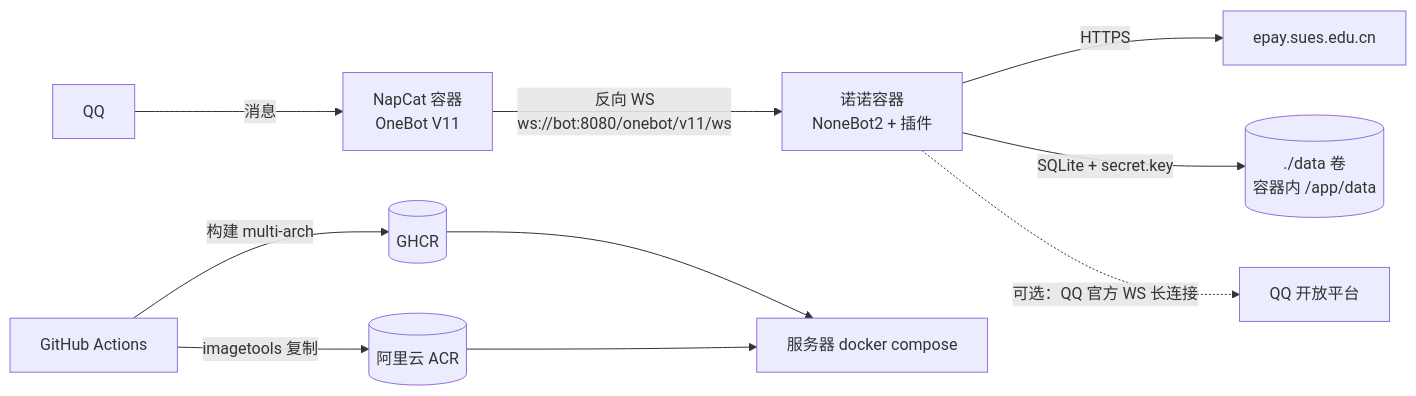
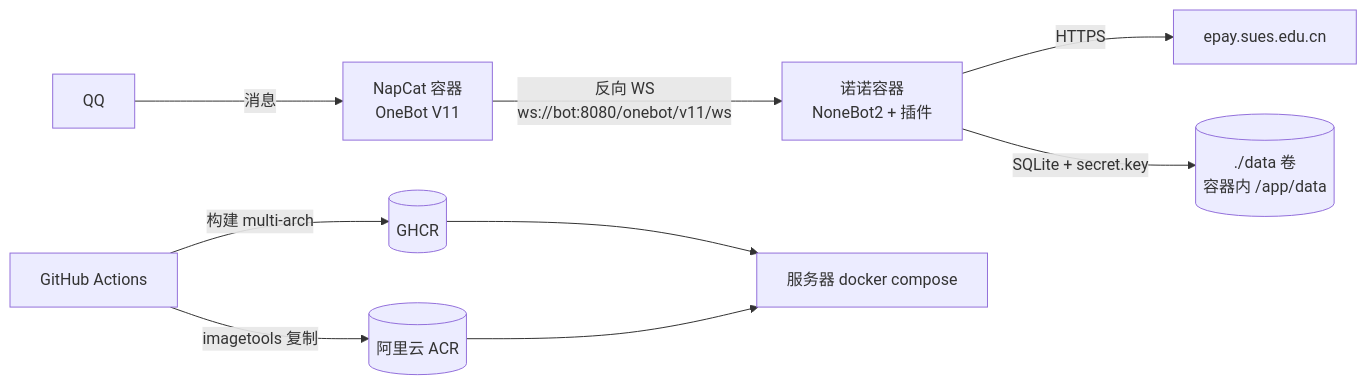
One commit to noel-psc/nuonuo changed the diagram in README.md. Above: the diagram before and after it, drawn with Mermaid. The commit also changed other lines of this file and 8 other files, not shown here.

````diff
--- a/README.md
+++ b/README.md
@@ -11,13 +11,12 @@
 ```mermaid
 flowchart LR
     QQ[QQ] -->|消息| NC[NapCat 容器<br/>OneBot V11]
     NC -->|反向 WS<br/>ws://bot:8080/onebot/v11/ws| BOT[诺诺容器<br/>NoneBot2 + 插件]
     BOT -->|HTTPS| SUES[epay.sues.edu.cn]
     BOT -->|SQLite + secret.key| VOL[(./data 卷<br/>容器内 /app/data)]
-    BOT -.->|可选：QQ 官方 WS 长连接| QQAPI[QQ 开放平台]
 
     GH[GitHub Actions] -->|构建 multi-arch| GHCR[(GHCR)]
     GH -->|imagetools 复制| ACR[(阿里云 ACR)]
     GHCR --> SRV[服务器 docker compose]
     ACR --> SRV
 ```
````
